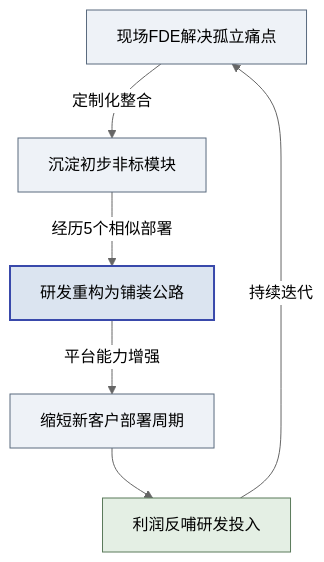
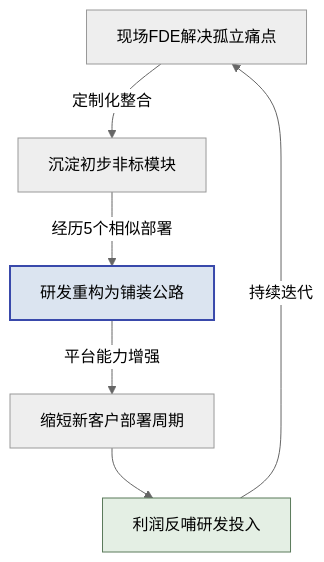
One commit to cloudzun/fde-course changed the first of 2 diagrams in textbook/第04章_Palantir经典案例集.md. Above: the diagram before and after it, drawn with Mermaid (neutral theme). The commit also changed other lines of this file and 10 other files, not shown here.

Commit message:
style: 全库mermaid配色统一以第11章为标准——删主色灰底style，仅保留强调蓝/琥珀金/绿/红四色点缀（40行，方向与第11章图不动）

````diff
--- a/textbook/第04章_Palantir经典案例集.md
+++ b/textbook/第04章_Palantir经典案例集.md
@@ -117,14 +117,11 @@
 ```mermaid
 graph TD
     pit["现场FDE解决孤立痛点"] -->|定制化整合| mod["沉淀初步非标模块"]
     mod -->|经历5个相似部署| road["研发重构为铺装公路"]
     road -->|平台能力增强| fast["缩短新客户部署周期"]
     fast --> fund["利润反哺研发投入"]
     fund -->|持续迭代| pit
     
-    style pit fill:#eef2f7,stroke:#5a6b7f
-    style mod fill:#eef2f7,stroke:#5a6b7f
     style road fill:#dbe4f0,stroke:#3949ab,stroke-width:2px
-    style fast fill:#eef2f7,stroke:#5a6b7f
     style fund fill:#e4efe4,stroke:#5b7a5b
 ```
````
